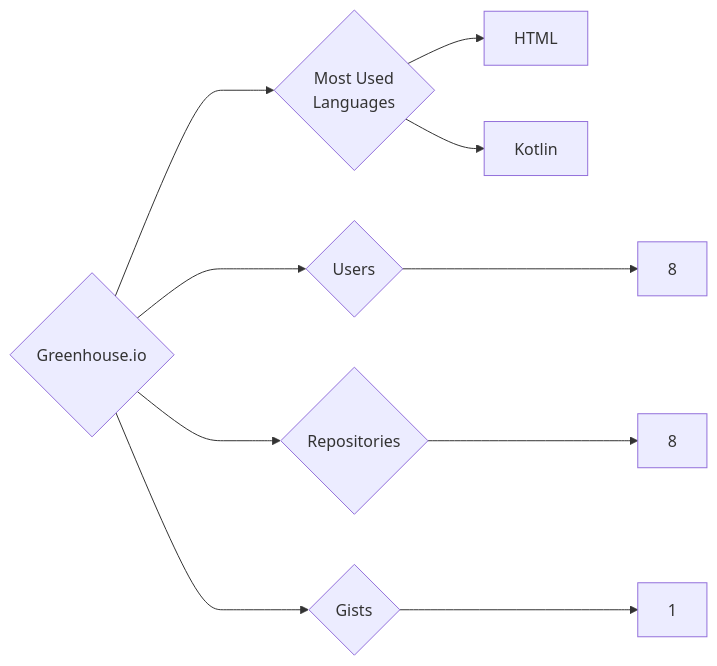
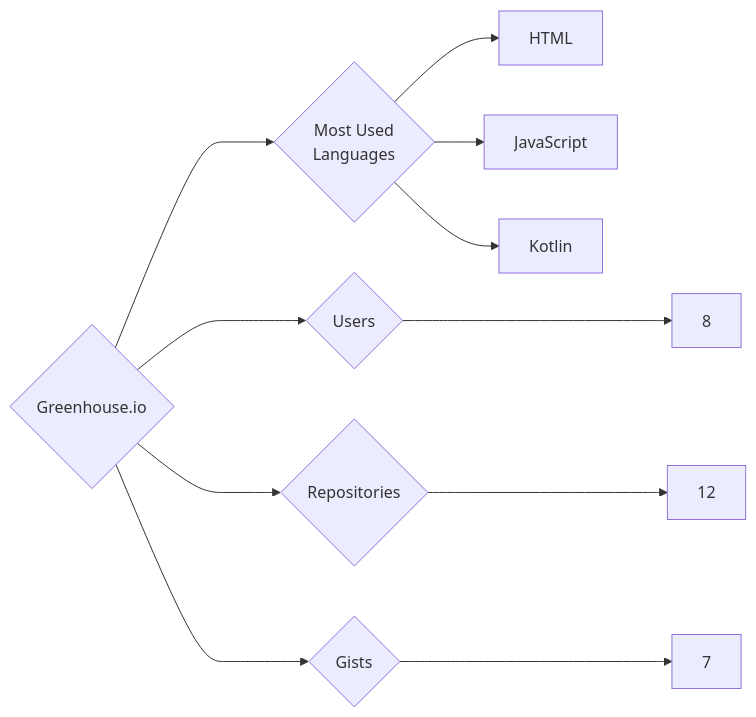
Before and after one commit to trickest/insiders: the diagram in targets/Greenhouse.io/README.md, drawn with Mermaid. The commit also changed 1120 other files, not shown here.

````diff
--- a/targets/Greenhouse.io/README.md
+++ b/targets/Greenhouse.io/README.md
@@ -3,10 +3,11 @@
 ```mermaid
 graph LR
 COMPANY_NAME{Greenhouse.io}
 COMPANY_NAME ---> U{Users} ---> UN[8]
-COMPANY_NAME ---> R{Repositories} ---> RN[8]
-COMPANY_NAME ---> G{Gists} ---> GN[1]
+COMPANY_NAME ---> R{Repositories} ---> RN[12]
+COMPANY_NAME ---> G{Gists} ---> GN[7]
 COMPANY_NAME ---> ML{Most Used<br>Languages}
 ML --> HTML[HTML]
+ML --> JavaScript[JavaScript]
 ML --> Kotlin[Kotlin]
 ```
````
